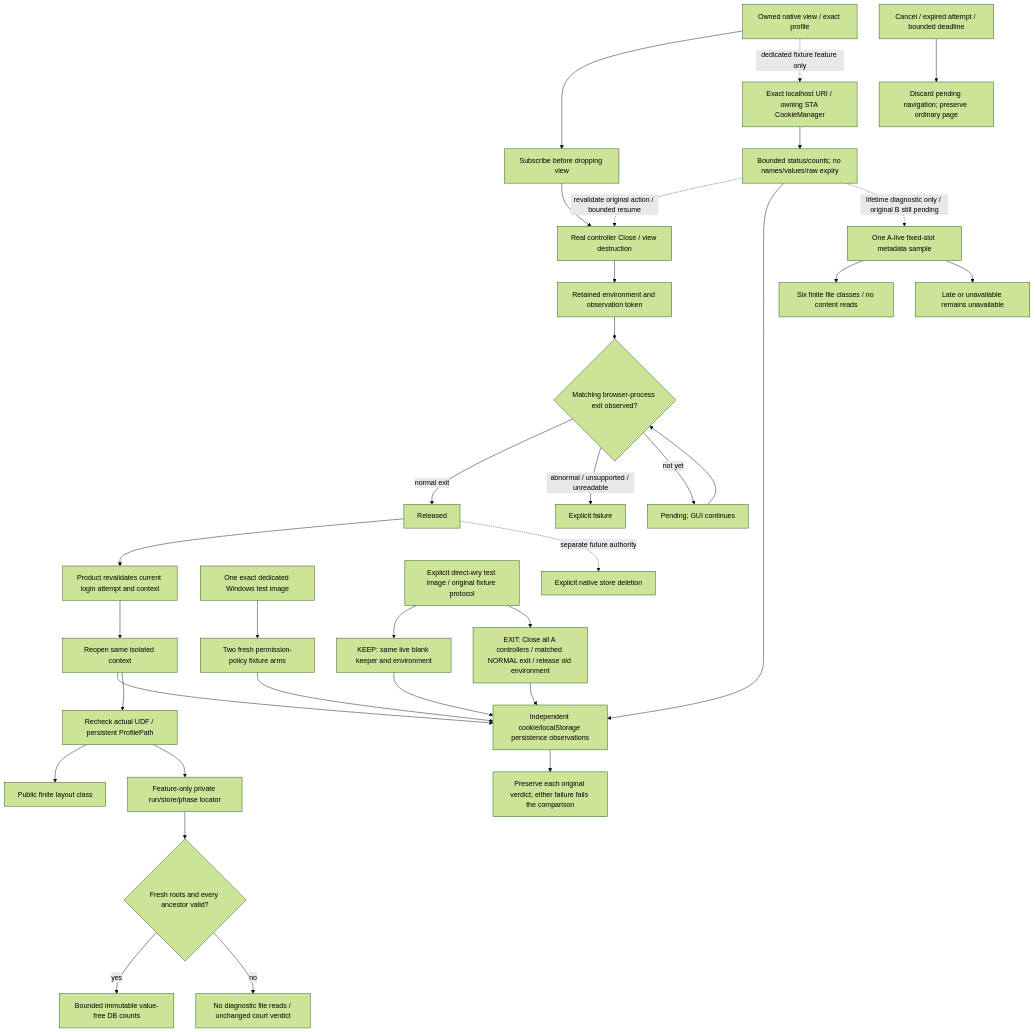
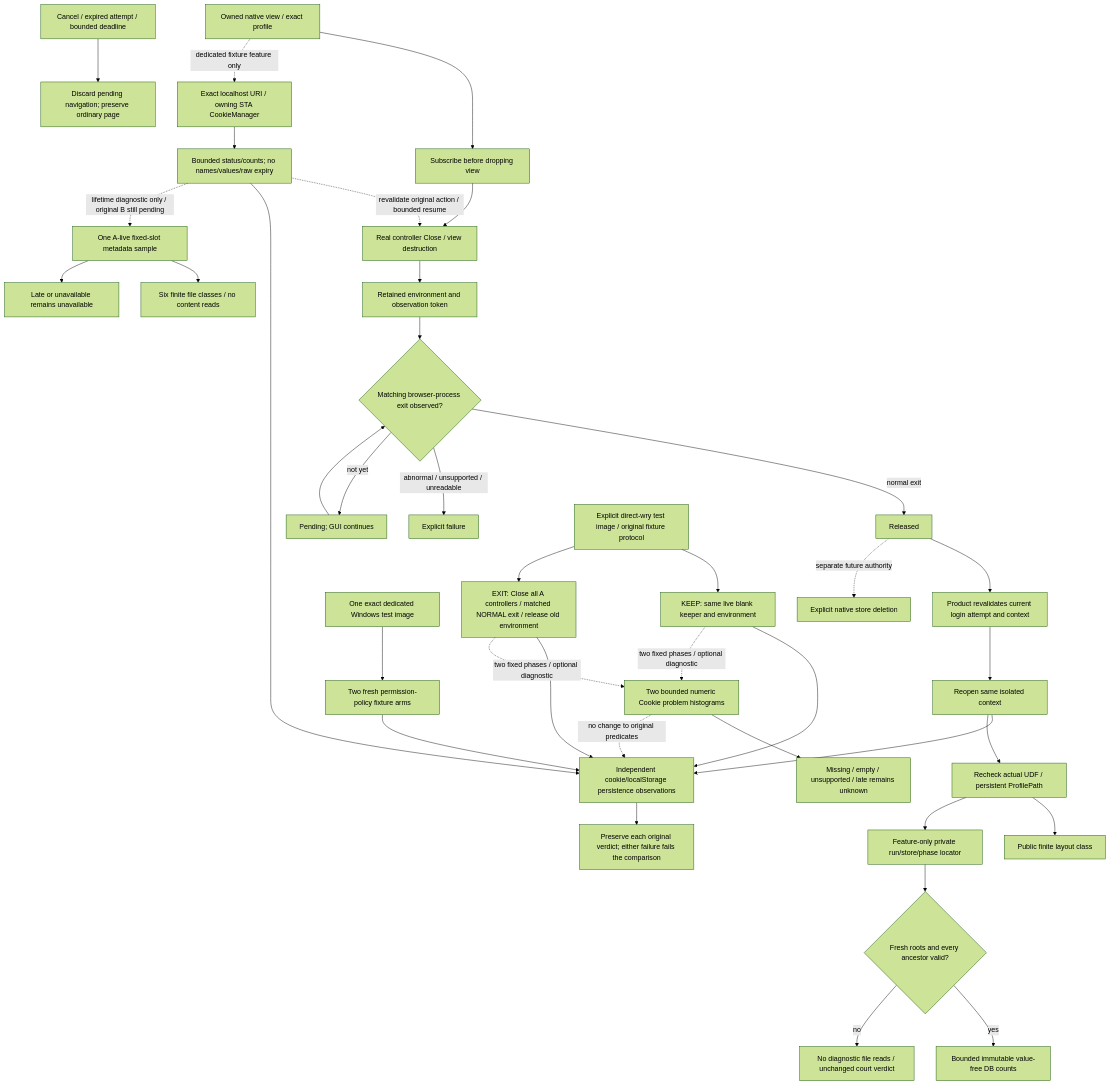
One commit to partnernetsoftware/minicon changed the diagram in prd/PRD_02_28_01_browser_context_lifecycle.md. Above: the diagram before and after it, drawn with Mermaid (forest theme). The commit also changed other lines of this file and 3 other files, not shown here.

Commit message:
Observe bounded Cookie backend histograms in the lifetime diagnostic

````diff
--- a/prd/PRD_02_28_01_browser_context_lifecycle.md
+++ b/prd/PRD_02_28_01_browser_context_lifecycle.md
@@ -72,35 +78,38 @@
 ```mermaid
 flowchart TD
     V[Owned native view / exact profile] --> SUB[Subscribe before dropping view]
     SUB --> CLOSE[Real controller Close / view destruction]
     CLOSE --> P[Retained environment and observation token]
     P --> EVENT{Matching browser-process exit observed?}
     EVENT -->|normal exit| READY[Released]
     EVENT -->|abnormal / unsupported / unreadable| FAIL[Explicit failure]
     EVENT -->|not yet| WAIT[Pending; GUI continues]
     WAIT --> EVENT
     READY --> R[Product revalidates current login attempt and context]
     R --> OPEN[Reopen same isolated context]
     OPEN --> STORE[Independent cookie/localStorage persistence observations]
     OPEN --> SDK[Recheck actual UDF / persistent ProfilePath]
     SDK --> FINITE[Public finite layout class]
     SDK --> PRIVATE[Feature-only private run/store/phase locator]
     V -. dedicated fixture feature only .-> QUERY[Exact localhost URI / owning STA CookieManager]
     QUERY --> META[Bounded status/counts; no names/values/raw expiry]
     META -. revalidate original action / bounded resume .-> CLOSE
     META --> STORE
     META -. lifetime diagnostic only / original B still pending .-> PF[One A-live fixed-slot metadata sample]
     PF --> CLASS[Six finite file classes / no content reads]
     PF --> PU[Late or unavailable remains unavailable]
     IMAGE[One exact dedicated Windows test image] --> ACL[Two fresh permission-policy fixture arms]
     ACL --> STORE
     LIFE[Explicit direct-wry test image / original fixture protocol] --> K[KEEP: same live blank keeper and environment]
     LIFE --> X[EXIT: Close all A controllers / matched NORMAL exit / release old environment]
     K & X --> STORE
+    K & X -. two fixed phases / optional diagnostic .-> HIST[Two bounded numeric Cookie problem histograms]
+    HIST --> UNKNOWN[Missing / empty / unsupported / late remains unknown]
+    HIST -. no change to original predicates .-> STORE
     STORE --> BOTH[Preserve each original verdict; either failure fails the comparison]
     PRIVATE --> ROOTS{Fresh roots and every ancestor valid?}
     ROOTS -->|yes| DB[Bounded immutable value-free DB counts]
     ROOTS -->|no| UNAVAILABLE[No diagnostic file reads / unchanged court verdict]
     CANCEL[Cancel / expired attempt / bounded deadline] --> DISCARD[Discard pending navigation; preserve ordinary page]
     READY -. separate future authority .-> DELETE[Explicit native store deletion]
 ```
````
